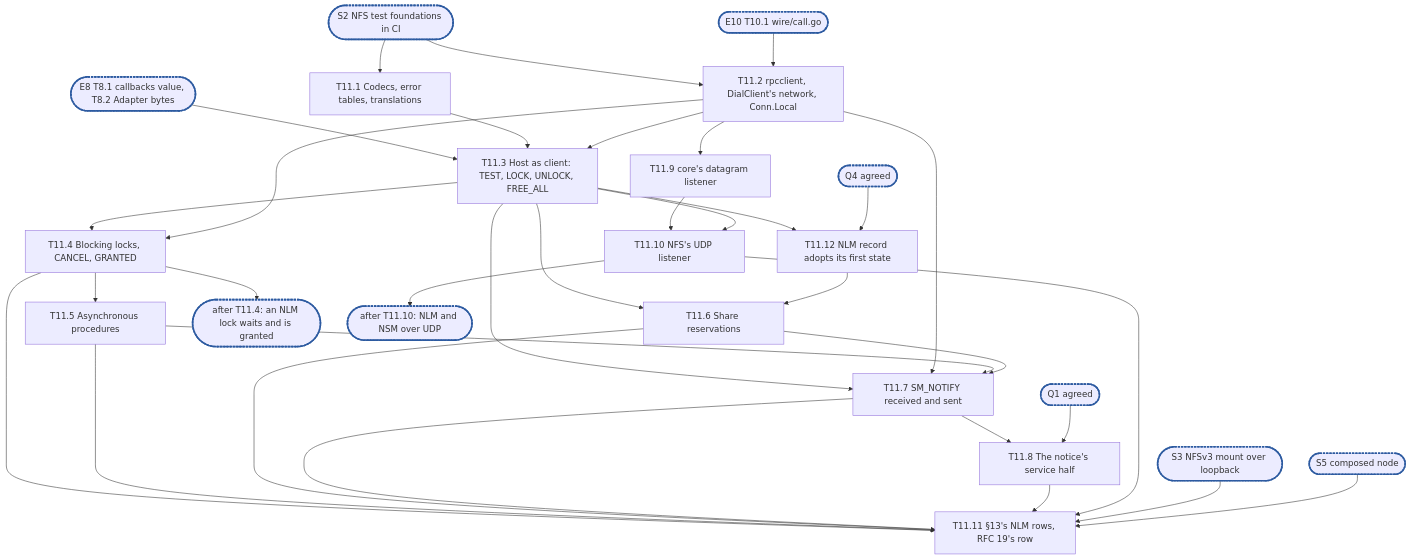
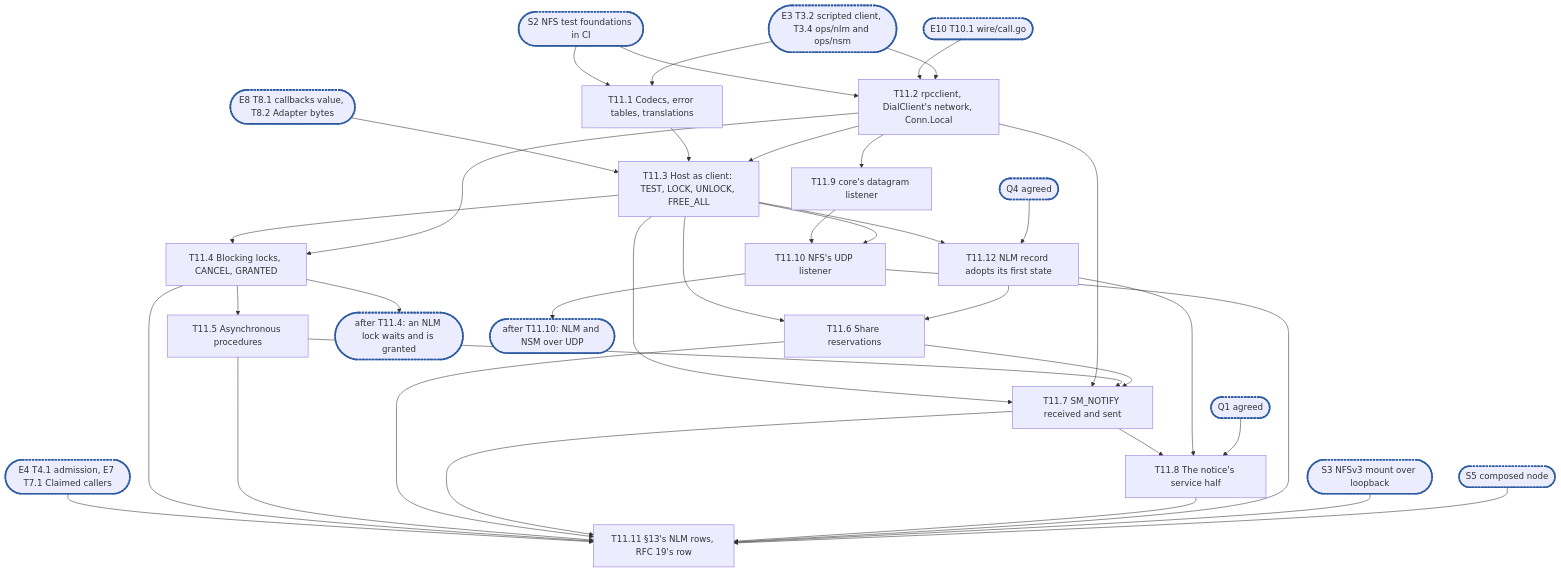
One commit to cubbit/dittofs changed the diagram in .planning/rfc-21-nfs-epic11.md. Above: the diagram before and after it, drawn with Mermaid. The commit also changed other lines of this file and 1 other file, not shown here.

````diff
--- a/.planning/rfc-21-nfs-epic11.md
+++ b/.planning/rfc-21-nfs-epic11.md
@@ -832,25 +878,28 @@
 ```mermaid
 flowchart TD
   S2(["S2 NFS test foundations in CI"]):::sync --> T11_1["T11.1 Codecs, error tables, translations"]
   S2 --> T11_2["T11.2 rpcclient, DialClient's network, Conn.Local"]
   E8(["E8 T8.1 callbacks value, T8.2 Adapter bytes"]):::sync --> T11_3
   E10(["E10 T10.1 wire/call.go"]):::sync --> T11_2
+  E3(["E3 T3.2 scripted client, T3.4 ops/nlm and ops/nsm"]):::sync --> T11_1
+  E3 --> T11_2
+  E4E7(["E4 T4.1 admission, E7 T7.1 Claimed callers"]):::sync --> T11_11
   T11_1 & T11_2 --> T11_3["T11.3 Host as client: TEST, LOCK, UNLOCK, FREE_ALL"]
   T11_3 --> T11_4["T11.4 Blocking locks, CANCEL, GRANTED"]
   T11_2 --> T11_4
   T11_4 --> T11_5["T11.5 Asynchronous procedures"]
   T11_3 --> T11_12["T11.12 NLM record adopts its first state"]
   Q4(["Q4 agreed"]):::sync --> T11_12
   T11_3 & T11_12 --> T11_6["T11.6 Share reservations"]
   T11_3 & T11_2 & T11_5 & T11_6 --> T11_7["T11.7 SM_NOTIFY received and sent"]
-  T11_7 --> T11_8["T11.8 The notice's service half"]
+  T11_7 & T11_12 --> T11_8["T11.8 The notice's service half"]
   Q1(["Q1 agreed"]):::sync --> T11_8
   T11_2 --> T11_9["T11.9 core's datagram listener"]
   T11_9 & T11_3 --> T11_10["T11.10 NFS's UDP listener"]
   T11_4 & T11_5 & T11_6 & T11_7 & T11_8 & T11_10 --> T11_11["T11.11 §13's NLM rows, RFC 19's row"]
   S3(["S3 NFSv3 mount over loopback"]):::sync --> T11_11
   S5(["S5 composed node"]):::sync --> T11_11
   T11_4 --> C1(["after T11.4: an NLM lock waits and is granted"]):::sync
   T11_10 --> C2(["after T11.10: NLM and NSM over UDP"]):::sync
   classDef sync stroke:#2c5aa0,stroke-width:3px,stroke-dasharray:4 2
 ```
````
